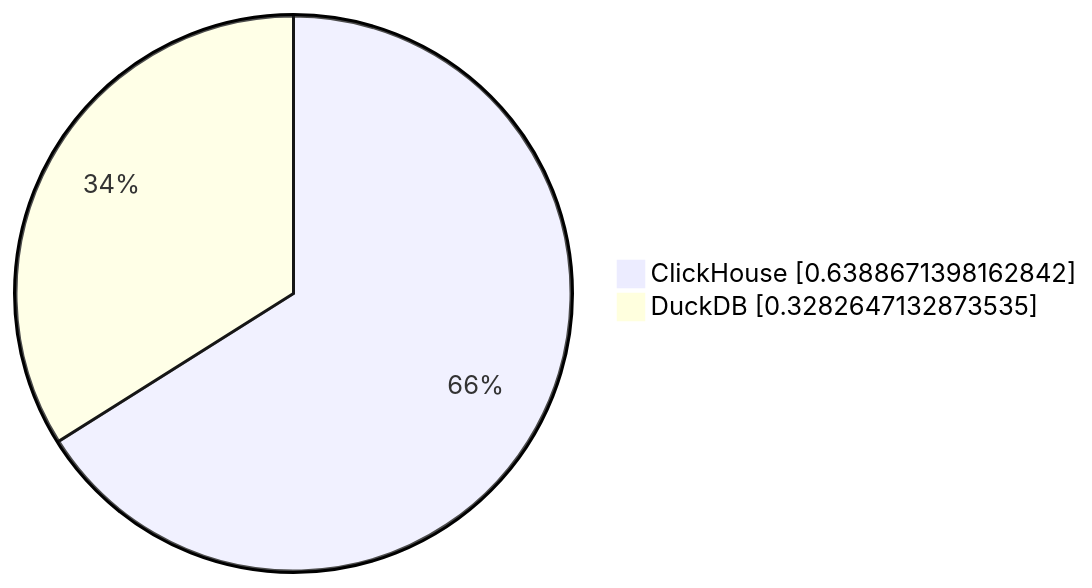
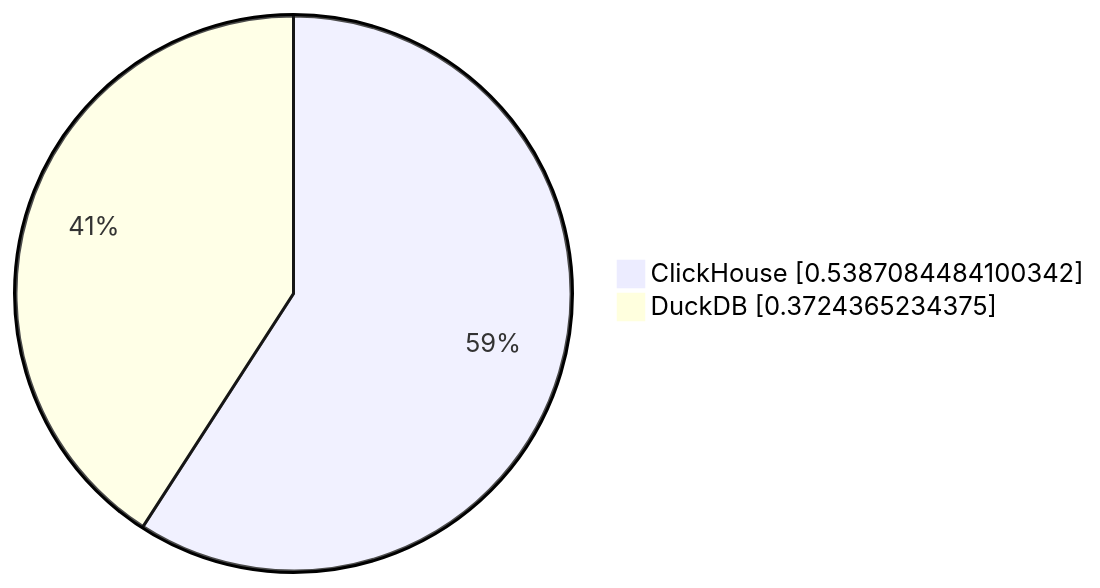
The third of 10 diagrams in parquet/performance/results/README.md (Altinity/clickhouse-regression), drawn with Mermaid before and after one commit. The commit also changed other lines of this file and 2 other files, not shown here.

````diff
--- a/parquet/performance/results/README.md
+++ b/parquet/performance/results/README.md
@@ -30,5 +30,5 @@
 ```mermaid
      pie showData
-         "ClickHouse" : 0.6388671398162842
-         "DuckDB" : 0.3282647132873535
+         "ClickHouse" : 0.5387084484100342
+         "DuckDB" : 0.3724365234375
 ```
````
